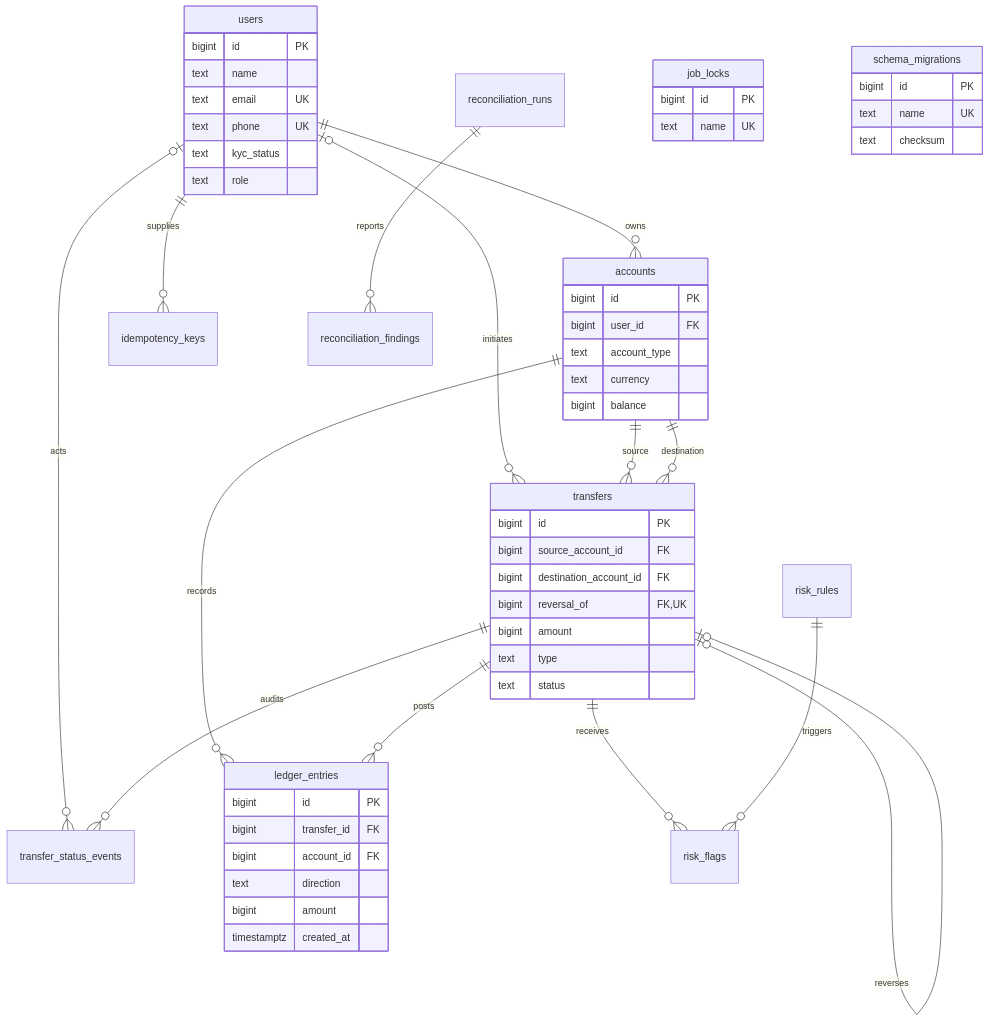
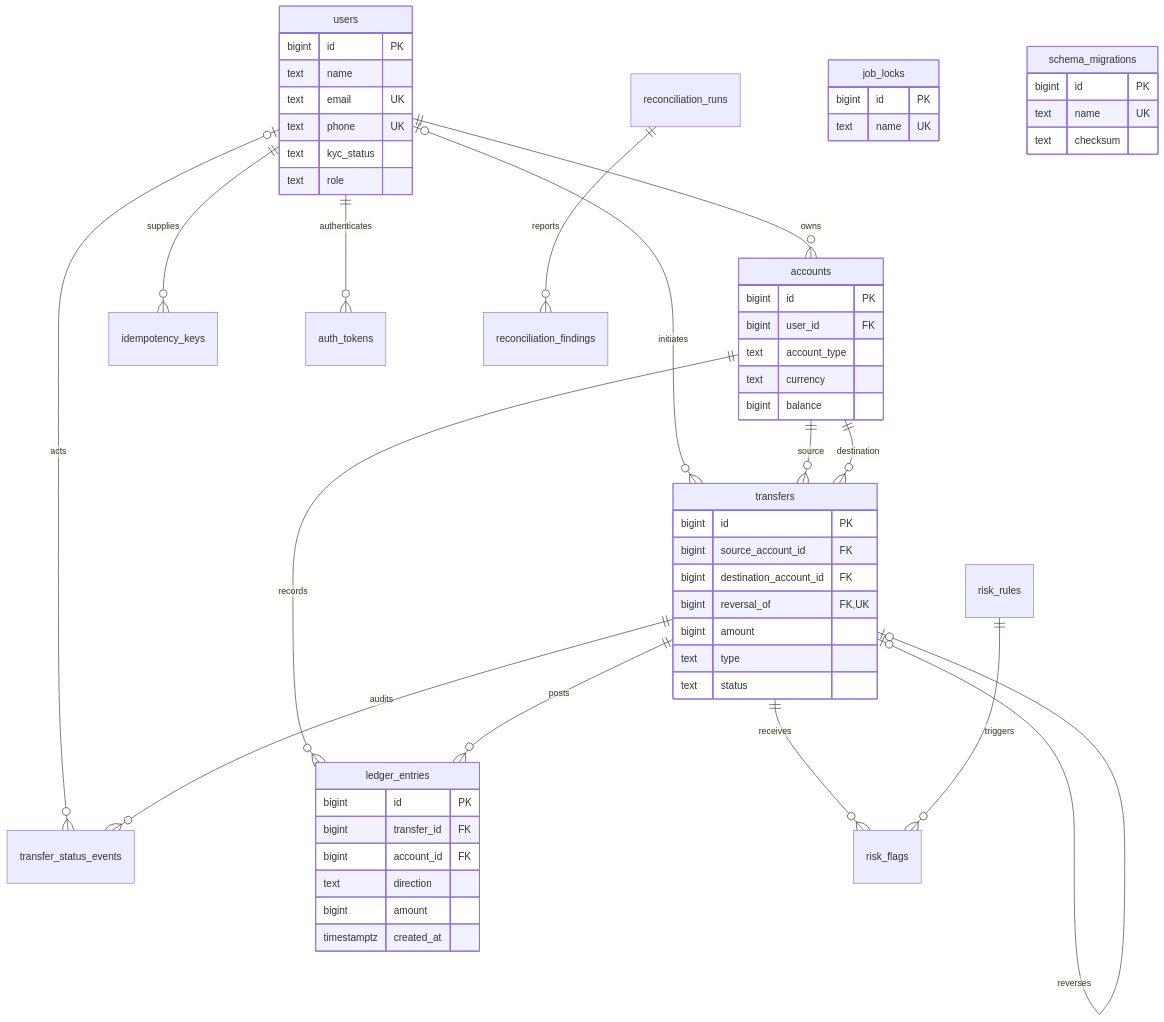
The diagram in docs/schema.md (baigny/Payments-Grade-Wallet-Ledger), drawn with Mermaid before and after one commit. The commit also changed other lines of this file and 18 other files, not shown here.

````diff
--- a/docs/schema.md
+++ b/docs/schema.md
@@ -50,57 +50,58 @@
 ```mermaid
 erDiagram
     users ||--o{ accounts : owns
     users o|--o{ transfers : initiates
     users ||--o{ idempotency_keys : supplies
+    users ||--o{ auth_tokens : authenticates
     users o|--o{ transfer_status_events : acts
     accounts ||--o{ transfers : source
     accounts ||--o{ transfers : destination
     accounts ||--o{ ledger_entries : records
     transfers ||--o{ ledger_entries : posts
     transfers ||--o{ transfer_status_events : audits
     transfers o|--o| transfers : reverses
     transfers ||--o{ risk_flags : receives
     risk_rules ||--o{ risk_flags : triggers
     reconciliation_runs ||--o{ reconciliation_findings : reports
     users {
         bigint id PK
         text name
         text email UK
         text phone UK
         text kyc_status
         text role
     }
     accounts {
         bigint id PK
         bigint user_id FK
         text account_type
         text currency
         bigint balance
     }
     transfers {
         bigint id PK
         bigint source_account_id FK
         bigint destination_account_id FK
         bigint reversal_of FK,UK
         bigint amount
         text type
         text status
     }
     ledger_entries {
         bigint id PK
         bigint transfer_id FK
         bigint account_id FK
         text direction
         bigint amount
         timestamptz created_at
     }
     job_locks {
         bigint id PK
         text name UK
     }
     schema_migrations {
         bigint id PK
         text name UK
         text checksum
     }
 ```
````
